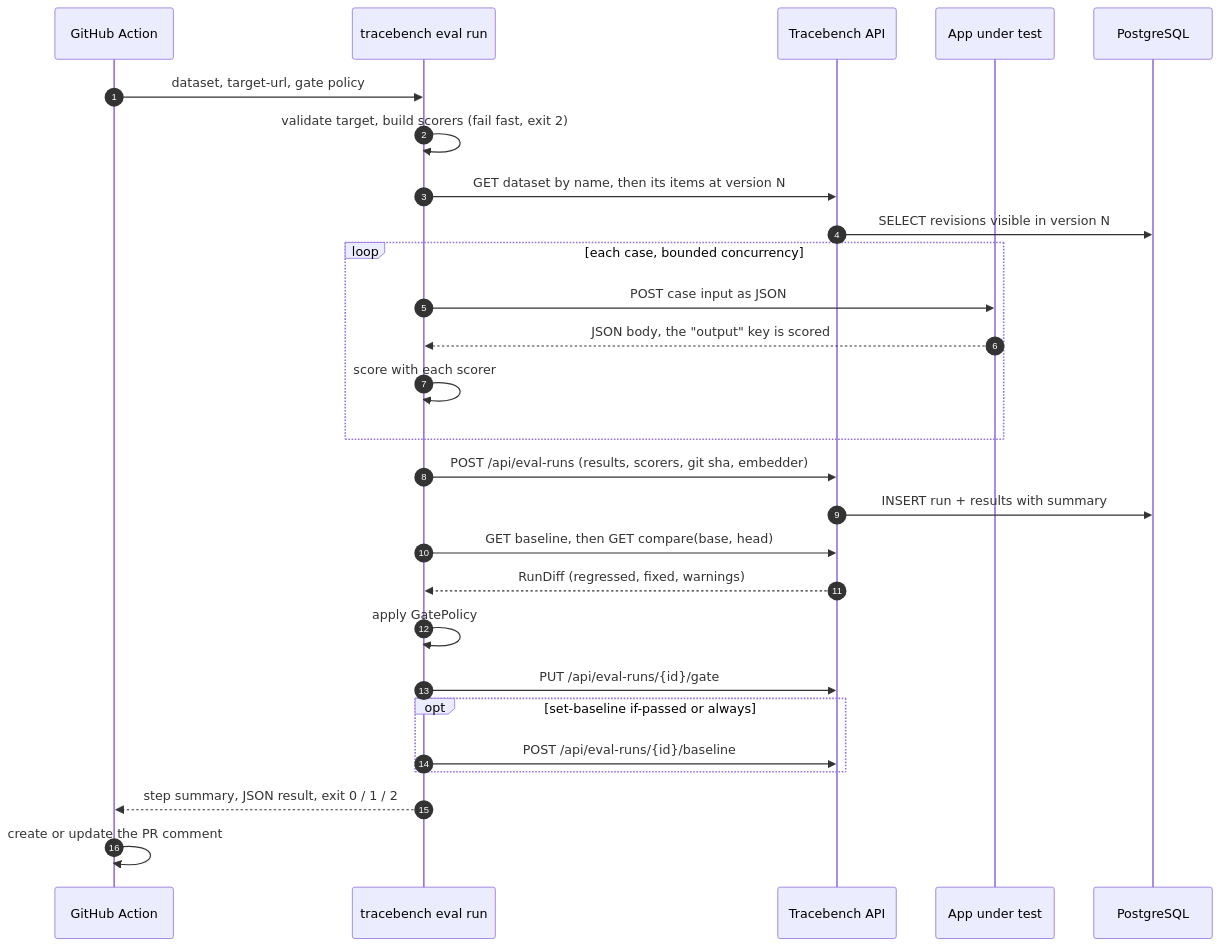
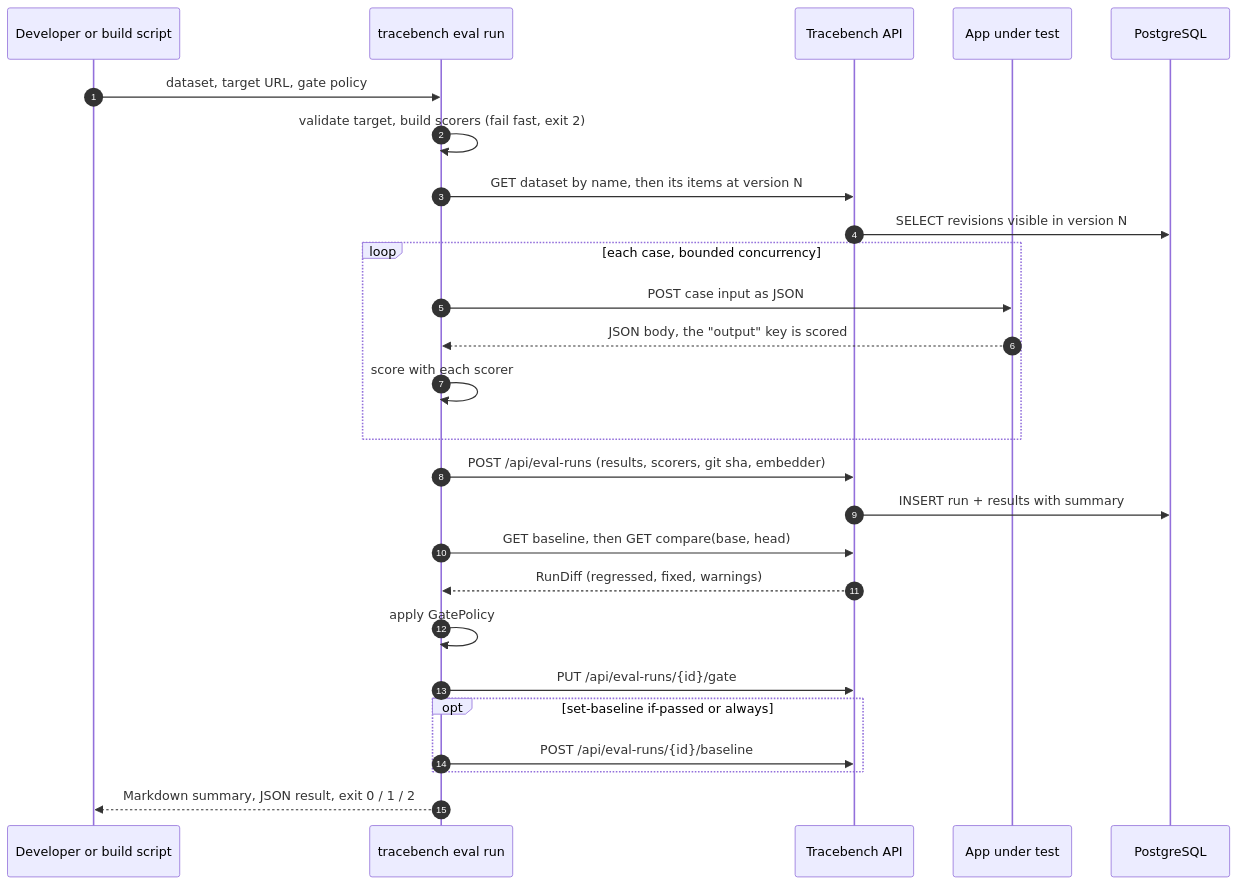
The third of 6 diagrams in README.md (devm29/tracebench), drawn with Mermaid before and after one commit. The commit also changed other lines of this file and 14 other files, not shown here.

````diff
--- a/README.md
+++ b/README.md
@@ -198,30 +204,29 @@
 ```mermaid
 sequenceDiagram
     autonumber
-    participant CI as GitHub Action
+    participant U as Developer or build script
     participant CLI as tracebench eval run
     participant API as Tracebench API
     participant App as App under test
     participant PG as PostgreSQL
 
-    CI->>CLI: dataset, target-url, gate policy
+    U->>CLI: dataset, target URL, gate policy
     CLI->>CLI: validate target, build scorers (fail fast, exit 2)
     CLI->>API: GET dataset by name, then its items at version N
     API->>PG: SELECT revisions visible in version N
     loop each case, bounded concurrency
         CLI->>App: POST case input as JSON
         App-->>CLI: JSON body, the "output" key is scored
         CLI->>CLI: score with each scorer
     end
     CLI->>API: POST /api/eval-runs (results, scorers, git sha, embedder)
     API->>PG: INSERT run + results with summary
     CLI->>API: GET baseline, then GET compare(base, head)
     API-->>CLI: RunDiff (regressed, fixed, warnings)
     CLI->>CLI: apply GatePolicy
     CLI->>API: PUT /api/eval-runs/{id}/gate
     opt set-baseline if-passed or always
         CLI->>API: POST /api/eval-runs/{id}/baseline
     end
-    CLI-->>CI: step summary, JSON result, exit 0 / 1 / 2
-    CI->>CI: create or update the PR comment
+    CLI-->>U: Markdown summary, JSON result, exit 0 / 1 / 2
 ```
````
